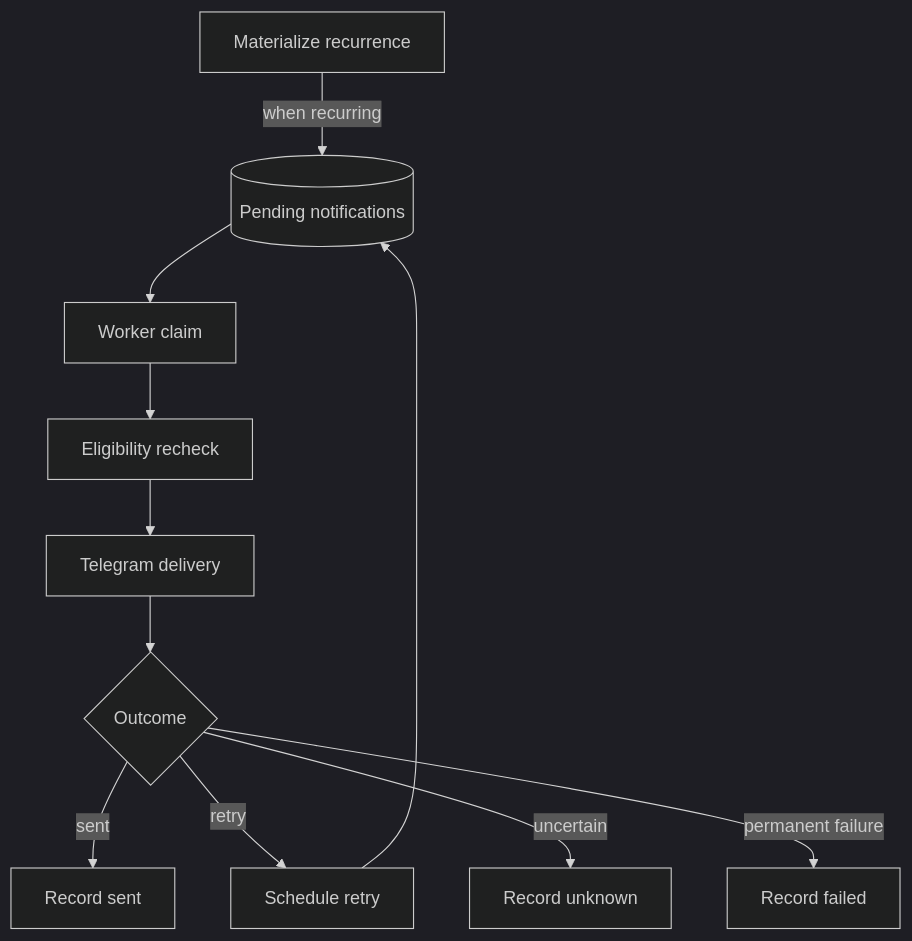
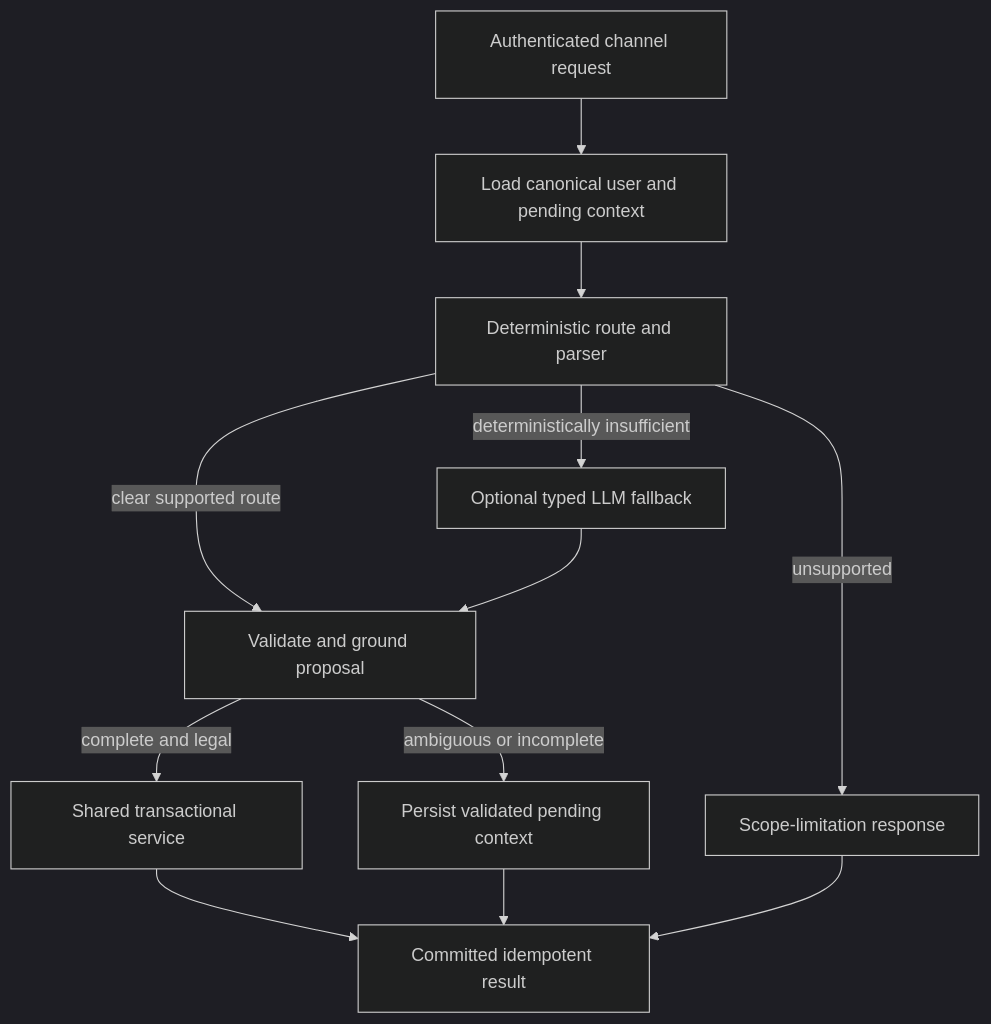
One commit to mmaazkhanhere/memorae-challenge changed the third of 5 diagrams in docs/Architecture.md. Above: the diagram before and after it, drawn with Mermaid (dark theme). The commit also changed other lines of this file, not shown here.

Commit message:
docs(architecture): align with implementation

````diff
--- a/docs/Architecture.md
+++ b/docs/Architecture.md
@@ -1271,13 +138,14 @@
 ```mermaid
 flowchart TD
-    MATERIALIZE[Materialize recurrence] -->|when recurring| PENDING[(Pending notifications)]
-    PENDING --> CLAIM[Worker claim]
-    CLAIM --> CHECK[Eligibility recheck]
-    CHECK --> DELIVER[Telegram delivery]
-    DELIVER --> OUTCOME{Outcome}
-    OUTCOME -->|sent| SENT[Record sent]
-    OUTCOME -->|retry| RETRY[Schedule retry]
-    OUTCOME -->|uncertain| UNKNOWN[Record unknown]
-    OUTCOME -->|permanent failure| FAILED[Record failed]
-    RETRY --> PENDING
+    In[Authenticated channel request] --> Context[Load canonical user and pending context]
+    Context --> Route[Deterministic route and parser]
+    Route -->|clear supported route| Validate[Validate and ground proposal]
+    Route -->|deterministically insufficient| Fallback[Optional typed LLM fallback]
+    Fallback --> Validate
+    Route -->|unsupported| Scope[Scope-limitation response]
+    Validate -->|complete and legal| Commit[Shared transactional service]
+    Validate -->|ambiguous or incomplete| Clarify[Persist validated pending context]
+    Commit --> Result[Committed idempotent result]
+    Clarify --> Result
+    Scope --> Result
 ```
````
